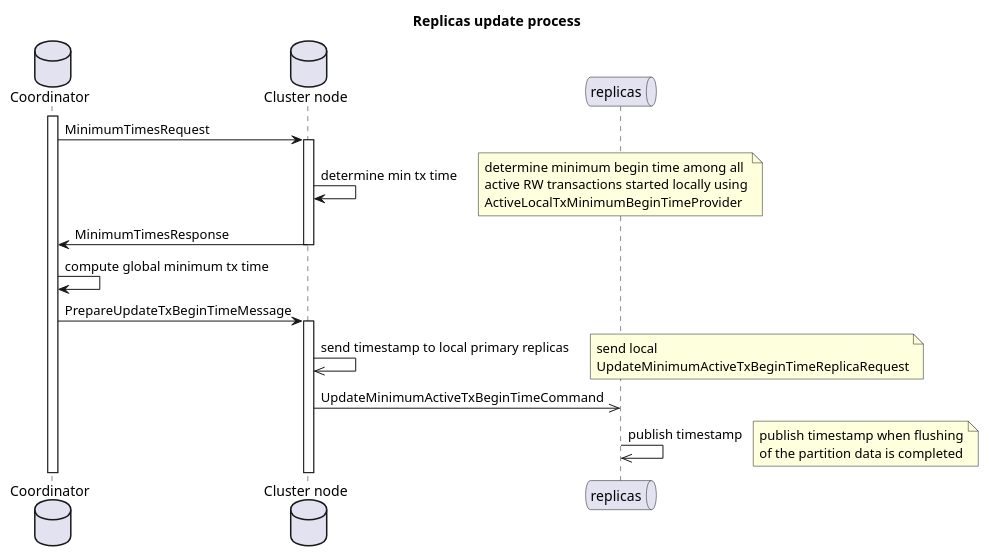
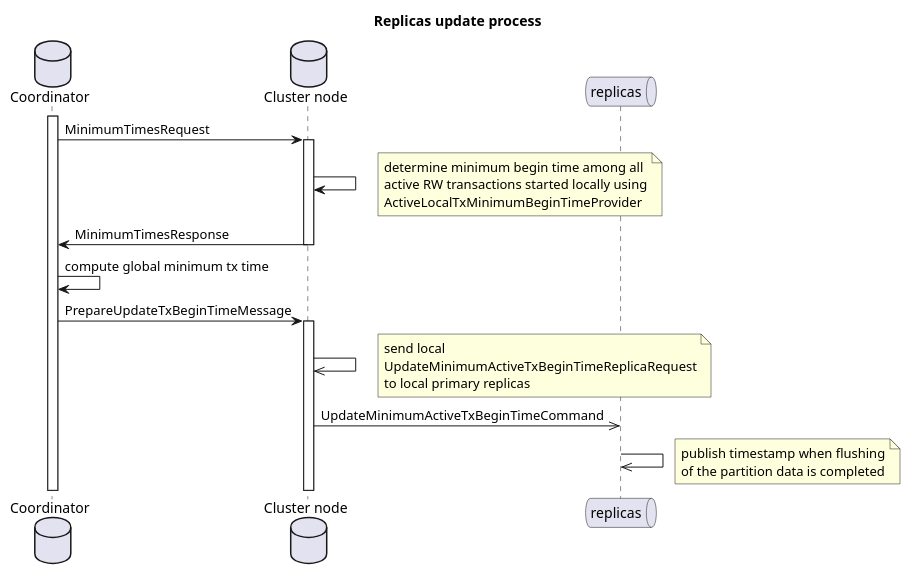
One commit to apache/ignite-3 changed the diagram in modules/catalog-compaction/tech-notes/replicas-update.puml. Above: the diagram before and after it, drawn with PlantUML. The commit also changed 3 other files, not shown here.

```diff
--- a/modules/catalog-compaction/tech-notes/replicas-update.puml
+++ b/modules/catalog-compaction/tech-notes/replicas-update.puml
@@ -1,34 +1,35 @@
 @startuml
 title Replicas update process
 
 database Coordinator as crd
 database "Cluster node" as node
 queue replicas as replicas
 
 activate crd
 
 crd -> node ++ : MinimumTimesRequest
-node -> node : determine min tx time
+node -> node
 note right
   determine minimum begin time among all
   active RW transactions started locally using
   ActiveLocalTxMinimumBeginTimeProvider
 end note
 node -> crd -- : MinimumTimesResponse
 
 crd -> crd : compute global minimum tx time
 
 crd -> node ++ : PrepareUpdateTxBeginTimeMessage
-node ->> node : send timestamp to local primary replicas
+node ->> node
 note right
   send local
   UpdateMinimumActiveTxBeginTimeReplicaRequest
+  to local primary replicas
 end note
 node ->> replicas : UpdateMinimumActiveTxBeginTimeCommand
-replicas ->> replicas : publish timestamp
+replicas ->> replicas
 note right
   publish timestamp when flushing
   of the partition data is completed
 end note
 
 @enduml
```
